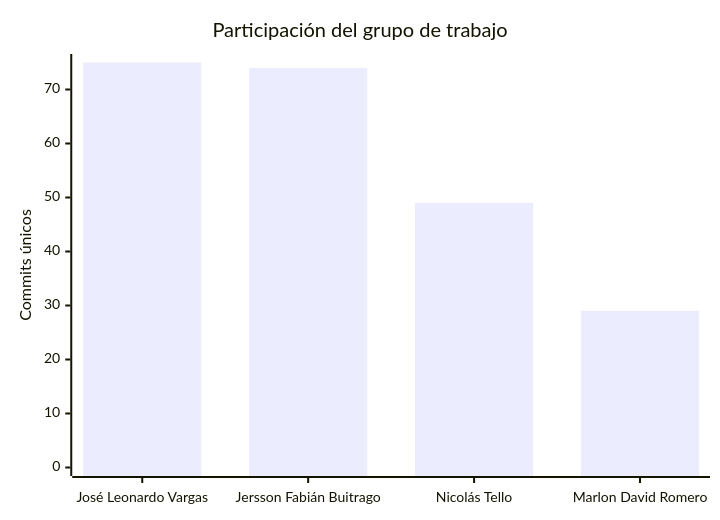
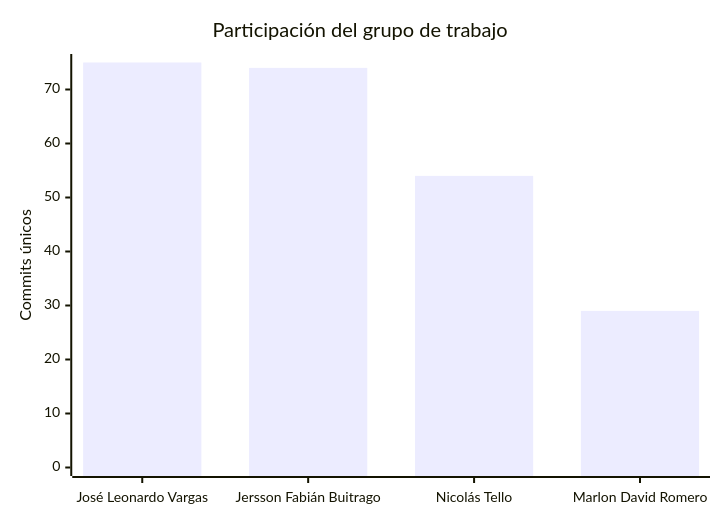
Before and after one commit to FarmaExpres/FarmaExpres: the second of 2 diagrams in README.md, drawn with Mermaid. The commit also changed other lines of this file and 1 other file, not shown here.

````diff
--- a/README.md
+++ b/README.md
@@ -401,7 +401,7 @@
 ```mermaid
 xychart-beta
     title "Participación del grupo de trabajo"
     x-axis ["José Leonardo Vargas", "Jersson Fabián Buitrago", "Nicolás Tello", "Marlon David Romero"]
     y-axis "Commits únicos" 0 --> 75
-    bar [75, 74, 49, 29]
+    bar [75, 74, 54, 29]
 ```
````
